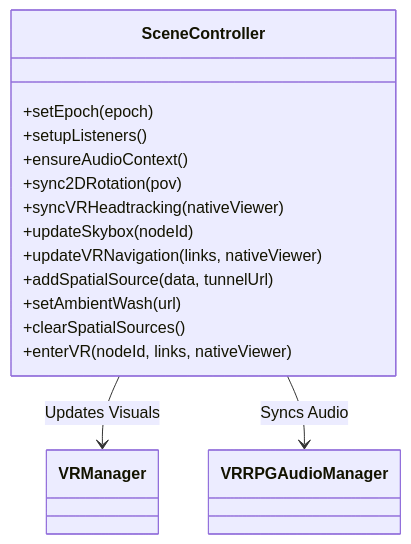
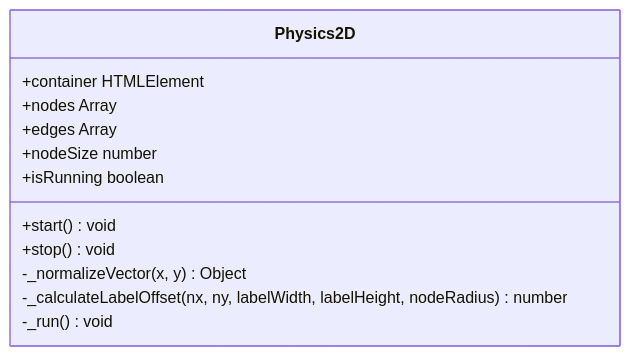
Before and after one commit to DrMarcoGilardi/BRANI-360: diagram 37 of 40 in docs/CLIENT_DOCS.md, drawn with Mermaid. The commit also changed other lines of this file and 14 other files, not shown here.

````diff
--- a/docs/CLIENT_DOCS.md
+++ b/docs/CLIENT_DOCS.md
@@ -1946,18 +2177,15 @@
 ```mermaid
 classDiagram
-SceneController --> VRManager : Updates Visuals
-SceneController --> VRRPGAudioManager : Syncs Audio
-class SceneController{
-+setEpoch(epoch)
-+setupListeners()
-+ensureAudioContext()
-+sync2DRotation(pov)
-+syncVRHeadtracking(nativeViewer)
-+updateSkybox(nodeId)
-+updateVRNavigation(links, nativeViewer)
-+addSpatialSource(data, tunnelUrl)
-+setAmbientWash(url)
-+clearSpatialSources()
-+enterVR(nodeId, links, nativeViewer)
+class Physics2D{
++container HTMLElement
++nodes Array
++edges Array
++nodeSize number
++isRunning boolean
++start() void
++stop() void
+-_normalizeVector(x, y) Object
+-_calculateLabelOffset(nx, ny, labelWidth, labelHeight, nodeRadius) number
+-_run() void
 }
 ```
````
